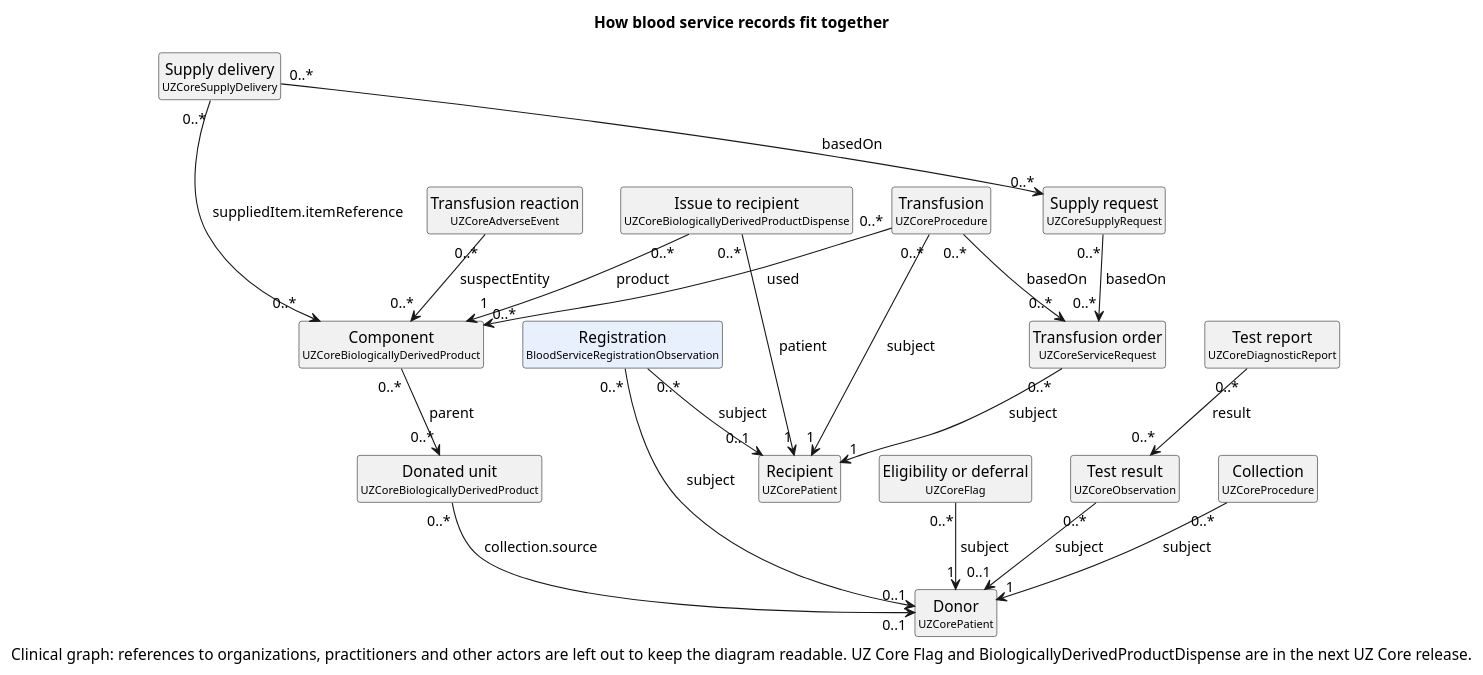
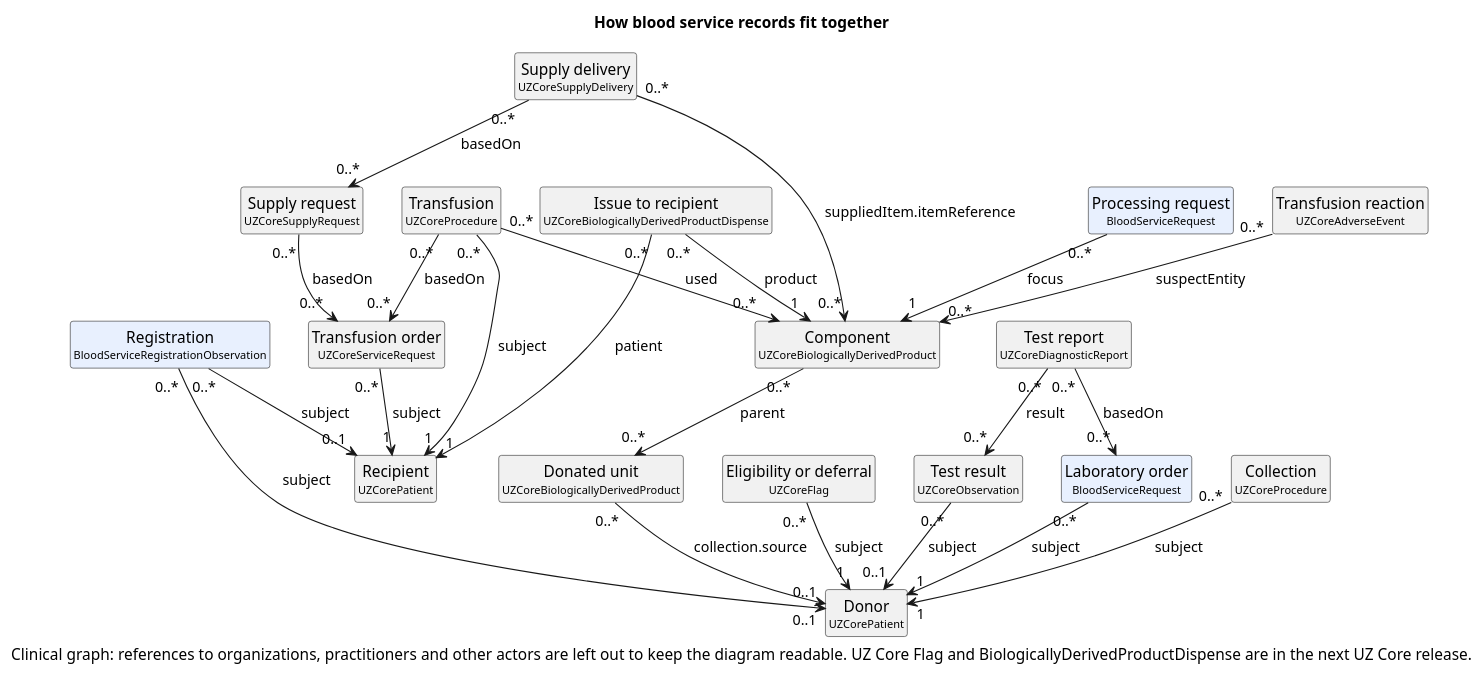
The diagram in input/images-source/blood-management-model-en.plantuml (BEKHZOD98/digital-health-integration), drawn with PlantUML before and after one commit. The commit also changed 26 other files, not shown here.

Commit message:
Add Blood ServiceRequest profile (#150)

```diff
--- a/input/images-source/blood-management-model-en.plantuml
+++ b/input/images-source/blood-management-model-en.plantuml
@@ -1,43 +1,48 @@
 @startuml blood-management-model-en
 hide circle
 hide empty members
 title How blood service records fit together
 
 class "Donor\n<size:10>UZCorePatient</size>" as Donor [[https://dhp.uz/fhir/core/en/StructureDefinition-uz-core-patient.html{Open UZCorePatient}]]
 class "Recipient\n<size:10>UZCorePatient</size>" as Recipient [[https://dhp.uz/fhir/core/en/StructureDefinition-uz-core-patient.html{Open UZCorePatient}]]
 class "Registration\n<size:10>BloodServiceRegistrationObservation</size>" as Reg [[StructureDefinition-blood-service-registration-observation.html{Open BloodServiceRegistrationObservation}]] #E8F0FE
 class "Eligibility or deferral\n<size:10>UZCoreFlag</size>" as Flag
 class "Test result\n<size:10>UZCoreObservation</size>" as Test [[https://dhp.uz/fhir/core/en/StructureDefinition-uz-core-observation.html{Open UZCoreObservation}]]
 class "Test report\n<size:10>UZCoreDiagnosticReport</size>" as Report [[https://dhp.uz/fhir/core/en/StructureDefinition-uz-core-diagnostic-report.html{Open UZCoreDiagnosticReport}]]
+class "Laboratory order\n<size:10>BloodServiceRequest</size>" as LabOrder [[StructureDefinition-blood-servicerequest.html{Open BloodServiceRequest}]] #E8F0FE
+class "Processing request\n<size:10>BloodServiceRequest</size>" as ProcReq [[StructureDefinition-blood-servicerequest.html{Open BloodServiceRequest}]] #E8F0FE
 class "Collection\n<size:10>UZCoreProcedure</size>" as Coll [[https://dhp.uz/fhir/core/en/StructureDefinition-uz-core-procedure.html{Open UZCoreProcedure}]]
 class "Donated unit\n<size:10>UZCoreBiologicallyDerivedProduct</size>" as Unit [[https://dhp.uz/fhir/core/en/StructureDefinition-uz-core-biologically-derived-product.html{Open UZCoreBiologicallyDerivedProduct}]]
 class "Component\n<size:10>UZCoreBiologicallyDerivedProduct</size>" as Comp [[https://dhp.uz/fhir/core/en/StructureDefinition-uz-core-biologically-derived-product.html{Open UZCoreBiologicallyDerivedProduct}]]
 class "Transfusion order\n<size:10>UZCoreServiceRequest</size>" as Order [[https://dhp.uz/fhir/core/en/StructureDefinition-uz-core-servicerequest.html{Open UZCoreServiceRequest}]]
 class "Supply request\n<size:10>UZCoreSupplyRequest</size>" as SReq [[https://dhp.uz/fhir/core/en/StructureDefinition-uz-core-supply-request.html{Open UZCoreSupplyRequest}]]
 class "Supply delivery\n<size:10>UZCoreSupplyDelivery</size>" as SDel [[https://dhp.uz/fhir/core/en/StructureDefinition-uz-core-supply-delivery.html{Open UZCoreSupplyDelivery}]]
 class "Issue to recipient\n<size:10>UZCoreBiologicallyDerivedProductDispense</size>" as Disp
 class "Transfusion\n<size:10>UZCoreProcedure</size>" as Tx [[https://dhp.uz/fhir/core/en/StructureDefinition-uz-core-procedure.html{Open UZCoreProcedure}]]
 class "Transfusion reaction\n<size:10>UZCoreAdverseEvent</size>" as AE [[https://dhp.uz/fhir/core/en/StructureDefinition-uz-core-adverse-event.html{Open UZCoreAdverseEvent}]]
 
 Reg "0..*" --> "0..1" Donor : « subject »
 Reg "0..*" --> "0..1" Recipient : « subject »
 Flag "0..*" --> "1" Donor : « subject »
 Test "0..*" --> "0..1" Donor : « subject »
 Report "0..*" --> "0..*" Test : « result »
+LabOrder "0..*" --> "1" Donor : « subject »
+Report "0..*" --> "0..*" LabOrder : « basedOn »
 Coll "0..*" --> "1" Donor : « subject »
 Unit "0..*" --> "0..1" Donor : « collection.source »
 Comp "0..*" --> "0..*" Unit : « parent »
+ProcReq "0..*" --> "1" Comp : « focus »
 Order "0..*" --> "1" Recipient : « subject »
 SReq "0..*" --> "0..*" Order : « basedOn »
 SDel "0..*" --> "0..*" SReq : « basedOn »
 SDel "0..*" --> "0..*" Comp : « suppliedItem.itemReference »
 Disp "0..*" --> "1" Comp : « product »
 Disp "0..*" --> "1" Recipient : « patient »
 Tx "0..*" --> "0..*" Order : « basedOn »
 Tx "0..*" --> "0..*" Comp : « used »
 Tx "0..*" --> "1" Recipient : « subject »
 AE "0..*" --> "0..*" Comp : « suspectEntity »
 
 caption Clinical graph: references to organizations, practitioners and other actors are left out to keep the diagram readable. UZ Core Flag and BiologicallyDerivedProductDispense are in the next UZ Core release.
 
 @enduml
```
